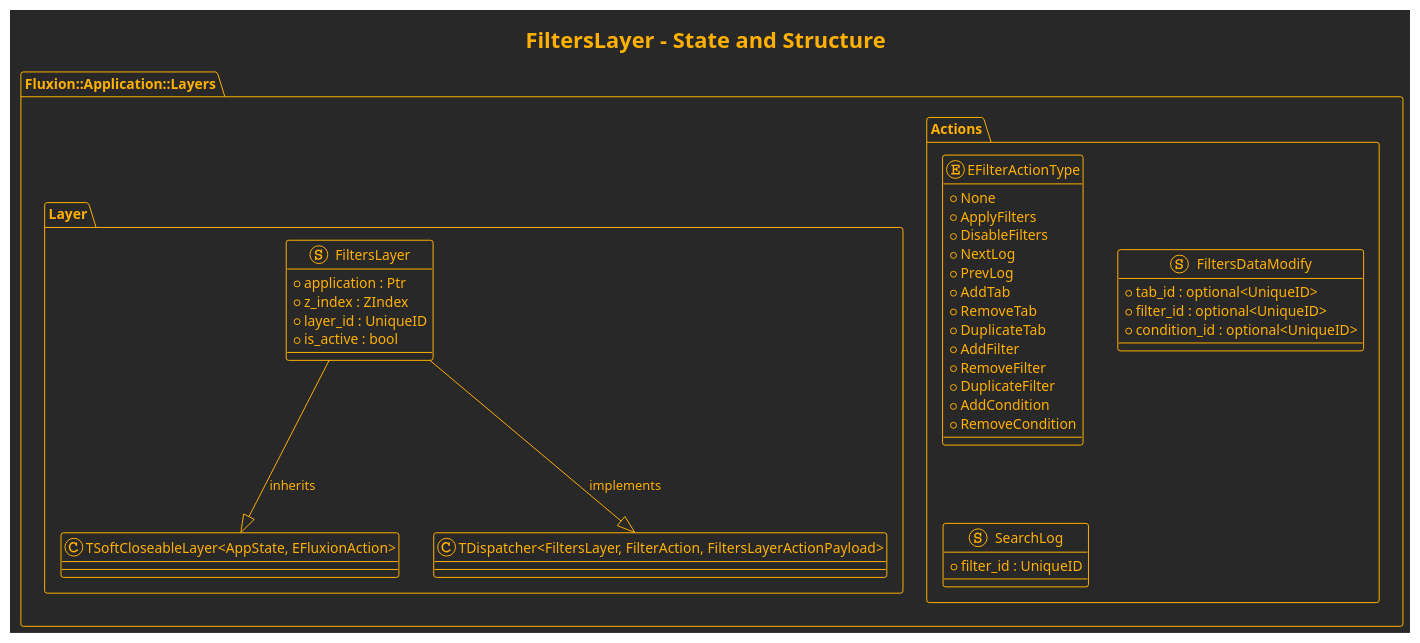
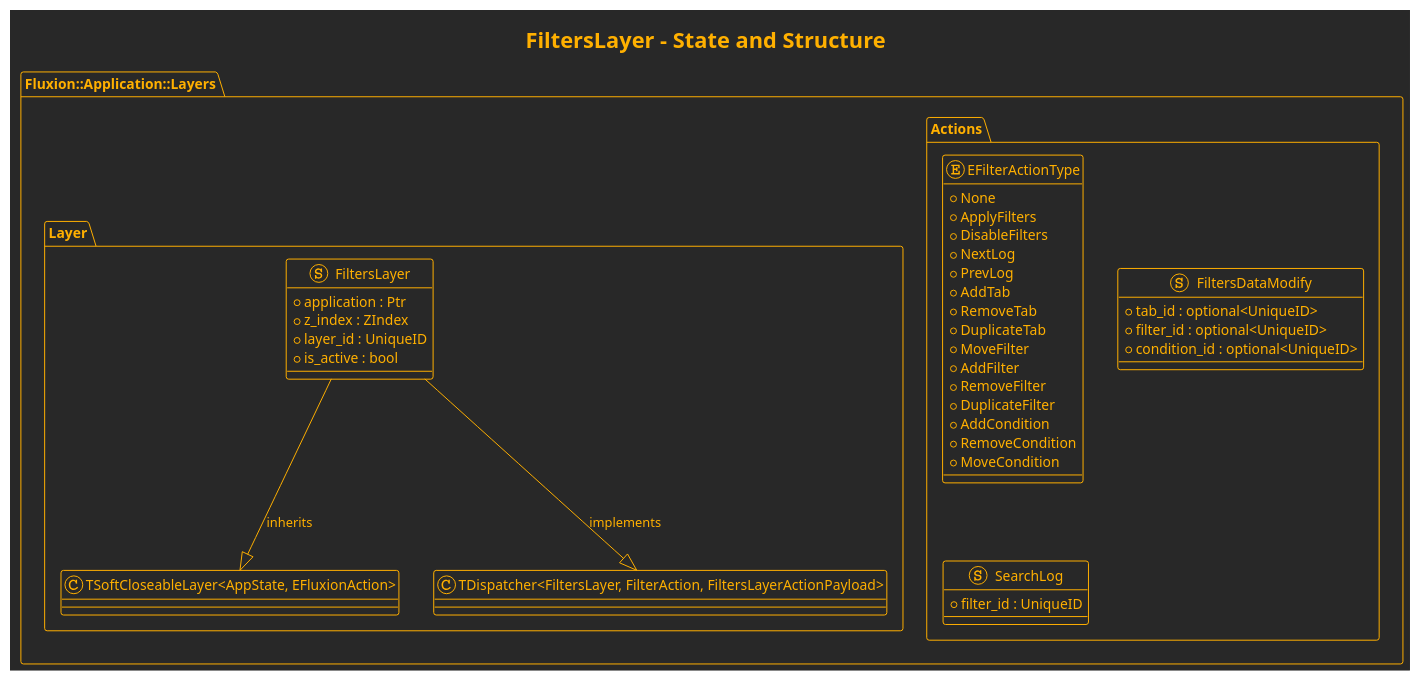
Before and after one commit to TheAncientOwl/fluxion: the diagram in src/Application/Layers/docs/FiltersLayer/state.puml, drawn with PlantUML. The commit also changed 5 other files, not shown here.

```diff
--- a/src/Application/Layers/docs/FiltersLayer/state.puml
+++ b/src/Application/Layers/docs/FiltersLayer/state.puml
@@ -1,50 +1,52 @@
 @startuml FiltersLayer State Diagram
 
 !theme crt-amber
 
 title FiltersLayer - State and Structure
 
 package "Fluxion::Application::Layers" {
 
 package "Actions" {
     enum EFilterActionType {
         + None
         + ApplyFilters
         + DisableFilters
         + NextLog
         + PrevLog
         + AddTab
         + RemoveTab
         + DuplicateTab
+        + MoveFilter
         + AddFilter
         + RemoveFilter
         + DuplicateFilter
         + AddCondition
         + RemoveCondition
+        + MoveCondition
     }
     
     struct FiltersDataModify {
         + tab_id : optional<UniqueID>
         + filter_id : optional<UniqueID>
         + condition_id : optional<UniqueID>
     }
     
     struct SearchLog {
         + filter_id : UniqueID
     }
 }
 
 package "Layer" {
     struct FiltersLayer {
         + application : Ptr
         + z_index : ZIndex
         + layer_id : UniqueID
         + is_active : bool
     }
     FiltersLayer --|> "TSoftCloseableLayer<AppState, EFluxionAction>" : inherits
     FiltersLayer --|> "TDispatcher<FiltersLayer, FilterAction, FiltersLayerActionPayload>" : implements
 }
 
 }
 
 @enduml
```
